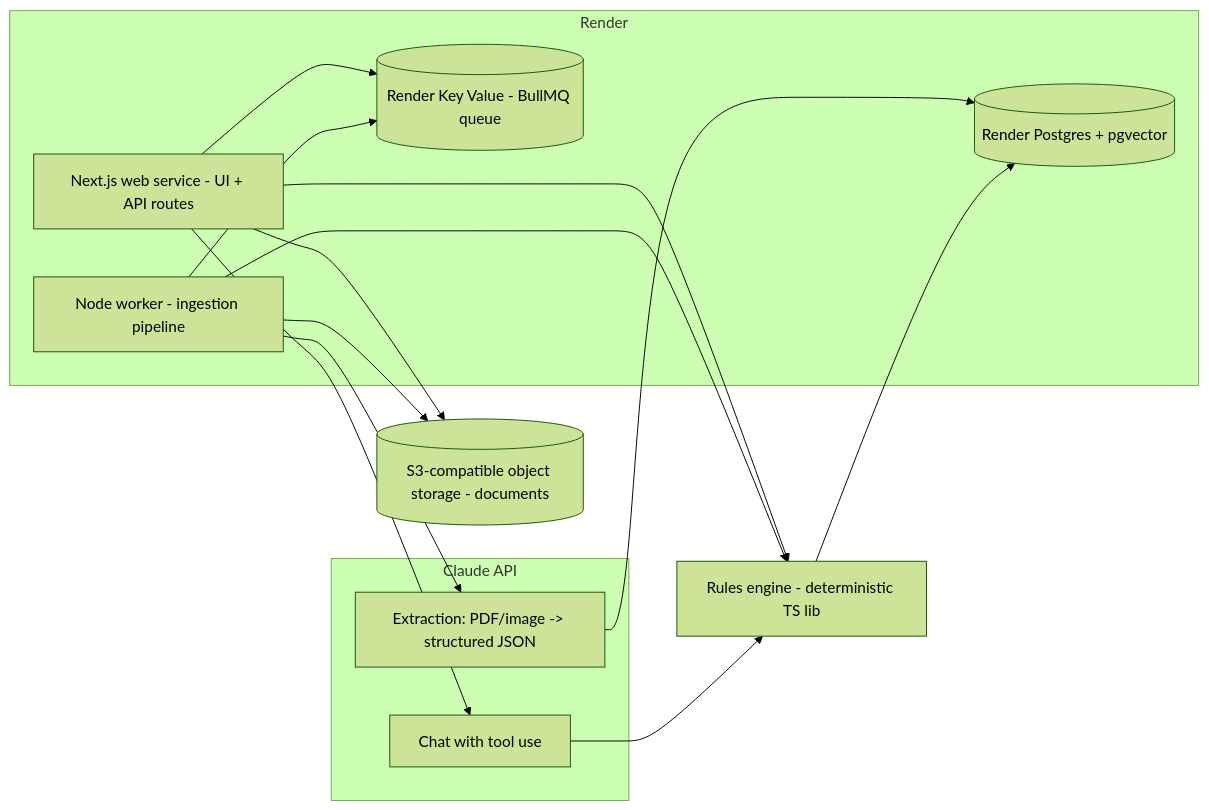
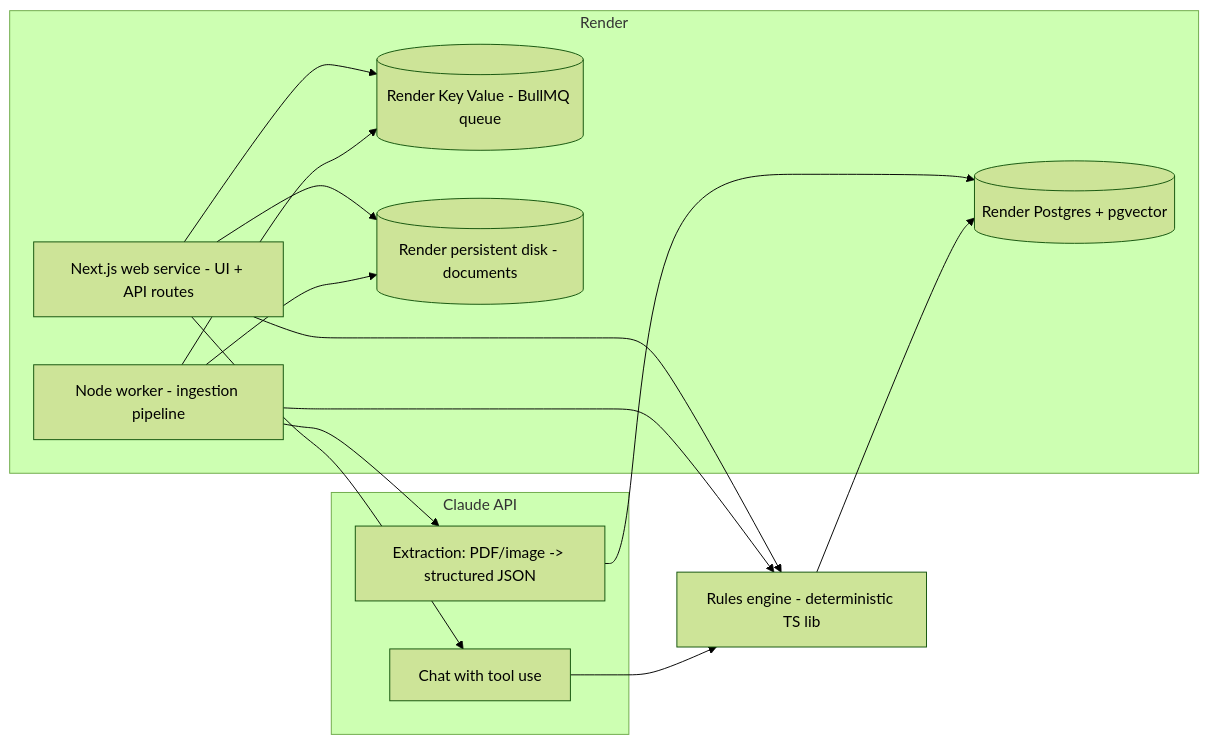
The diagram in docs/PROPOSAL.md (tewali/WasteManagement), drawn with Mermaid (forest theme) before and after one commit. The commit also changed other lines of this file and 3 other files, not shown here.

First line of the commit message:
Use Render persistent disk as file storage (drop S3/R2 from architecture)

````diff
--- a/docs/PROPOSAL.md
+++ b/docs/PROPOSAL.md
@@ -73,27 +73,27 @@
 ```mermaid
 flowchart LR
   subgraph Render
     WEB[Next.js web service - UI + API routes]
     WORKER[Node worker - ingestion pipeline]
     REDIS[(Render Key Value - BullMQ queue)]
     PG[(Render Postgres + pgvector)]
+    DISK[(Render persistent disk - documents)]
   end
-  R2[(S3-compatible object storage - documents)]
   subgraph AI["Claude API"]
     EXT[Extraction: PDF/image -> structured JSON]
     CHAT[Chat with tool use]
   end
   RULES[Rules engine - deterministic TS lib]
 
-  WEB --> R2
+  WEB --> DISK
   WEB --> REDIS
   WORKER --> REDIS
-  WORKER --> R2
+  WORKER --> DISK
   WORKER --> EXT
   EXT --> PG
   WEB --> RULES
   WORKER --> RULES
   RULES --> PG
   CHAT --> RULES
   WEB --> CHAT
 ```
````
